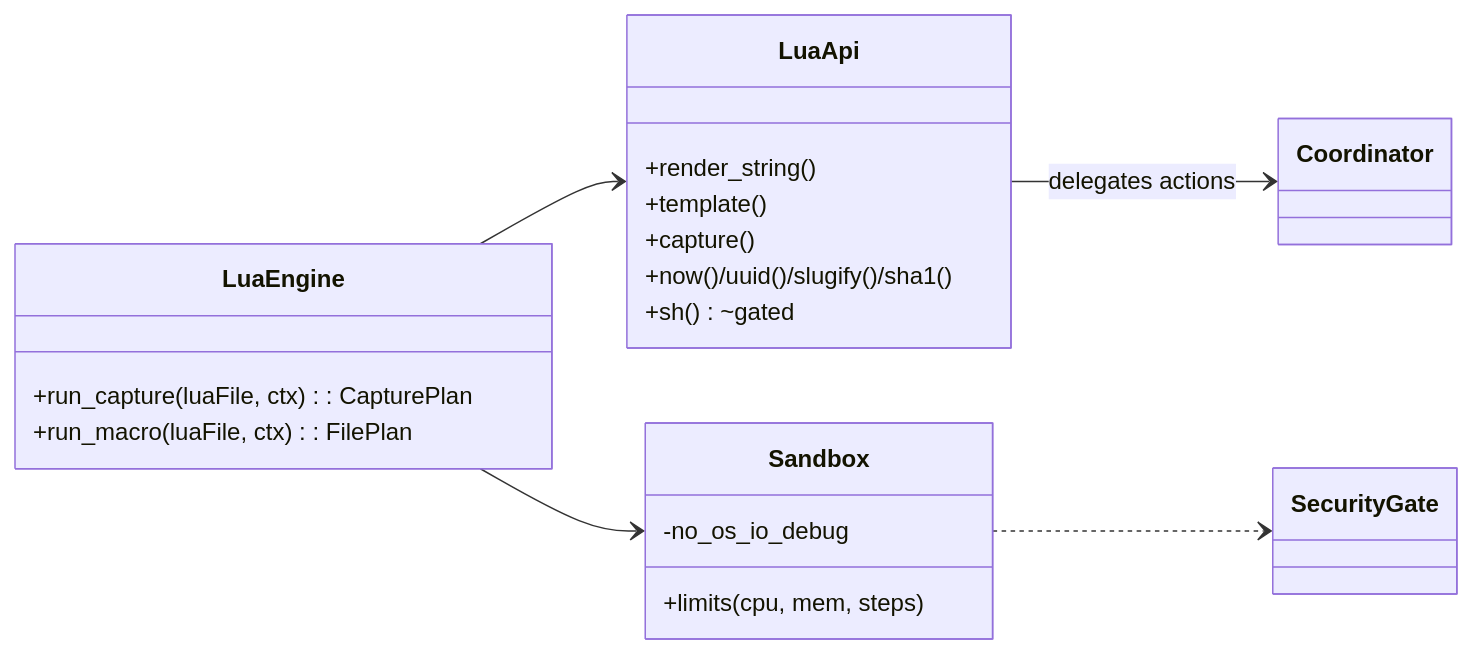
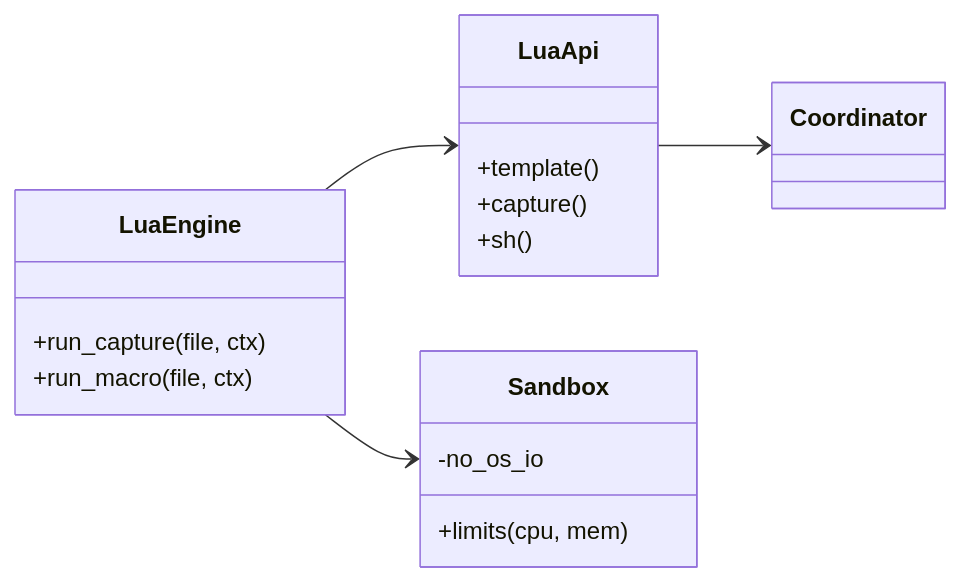
Before and after one commit to agustinvalencia/mdvault: diagram 17 of 22 in docs/01_development_plan.md, drawn with Mermaid. The commit also changed other lines of this file and 1 other file, not shown here.

````diff
--- a/docs/01_development_plan.md
+++ b/docs/01_development_plan.md
@@ -449,24 +465,21 @@
 ```mermaid
 classDiagram
   direction LR
   class LuaEngine {
-    +run_capture(luaFile, ctx): CapturePlan
-    +run_macro(luaFile, ctx): FilePlan
+    +run_capture(file, ctx)
+    +run_macro(file, ctx)
   }
   class LuaApi {
-    +render_string()
     +template()
     +capture()
-    +now()/uuid()/slugify()/sha1()
-    +sh()~gated
+    +sh()
   }
   class Sandbox {
-    +limits(cpu, mem, steps)
-    -no_os_io_debug
+    +limits(cpu, mem)
+    -no_os_io
   }
 
   LuaEngine --> LuaApi
   LuaEngine --> Sandbox
-  LuaApi --> Coordinator : delegates actions
-  Sandbox ..> SecurityGate
+  LuaApi --> Coordinator
 ```
````
